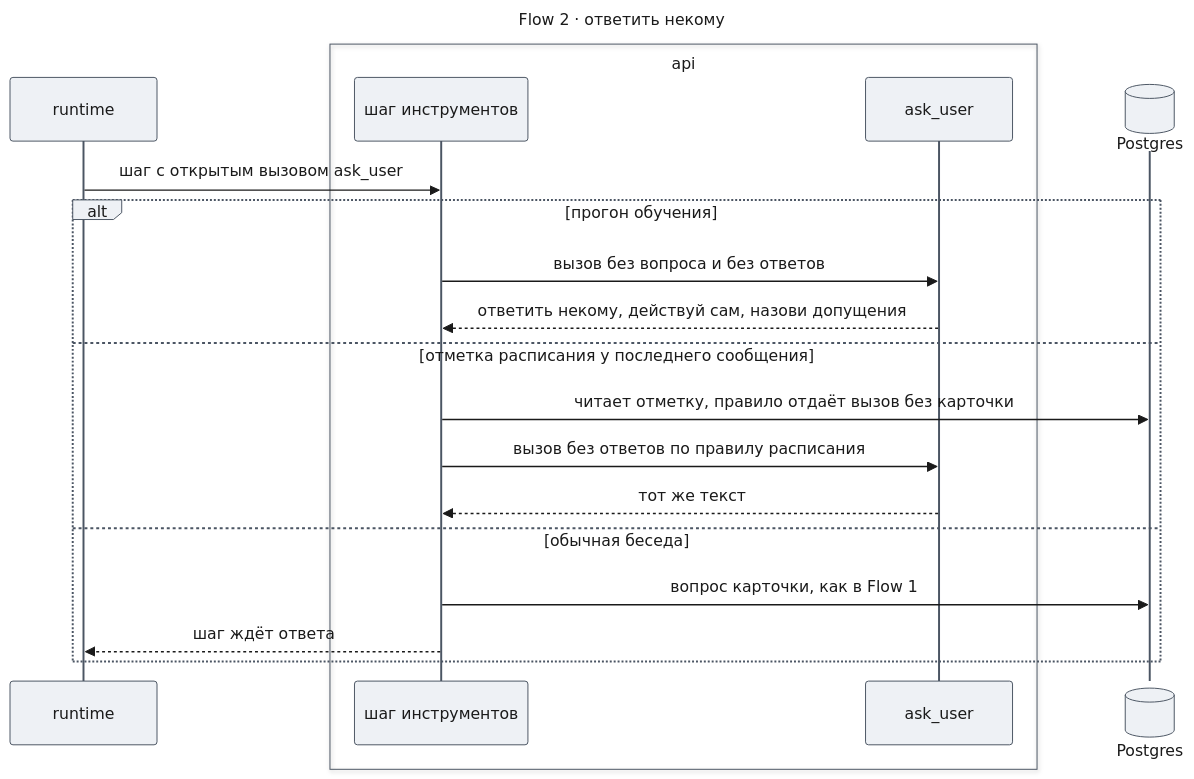
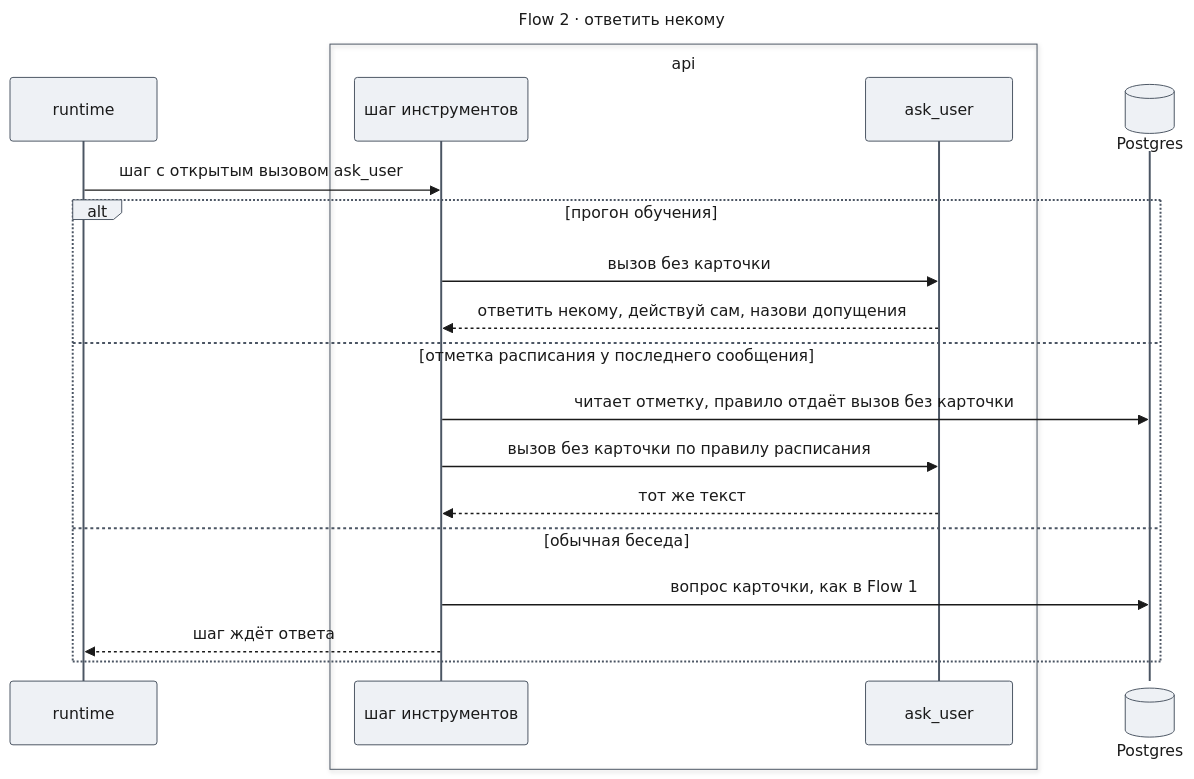
Before and after one commit to tundraray/agent-os: the fourth of 6 diagrams in docs/features/agent-guidance/design-server.md, drawn with Mermaid. The commit also changed other lines of this file and 2 other files, not shown here.

````diff
--- a/docs/features/agent-guidance/design-server.md
+++ b/docs/features/agent-guidance/design-server.md
@@ -324,43 +329,43 @@
 ```mermaid
 ---
 title: "Flow 2 · ответить некому"
 config:
   theme: base
   look: classic
   themeVariables:
     primaryColor: "#eef1f5"
     primaryBorderColor: "#4b5563"
     primaryTextColor: "#1a1a1a"
     lineColor: "#6b7280"
   themeCSS: |
     @keyframes lit_f2{0%,11.3%{stroke:#991b1b;stroke-width:6px}12.5%,100%{stroke:#37474f;stroke-width:2px}}
     @keyframes litr_f2{0%,11.3%{stroke:#1d4ed8;stroke-width:6px}12.5%,100%{stroke:#37474f;stroke-width:2px}}
     .messageLine0[data-id='i0'],.messageLine1[data-id='i0']{animation:litr_f2 9.6s linear 0s infinite}
     .messageLine0[data-id='i2'],.messageLine1[data-id='i2']{animation:lit_f2 9.6s linear 1.2s infinite}
     .messageLine0[data-id='i3'],.messageLine1[data-id='i3']{animation:litr_f2 9.6s linear 2.4s infinite}
     .messageLine0[data-id='i5'],.messageLine1[data-id='i5']{animation:litr_f2 9.6s linear 3.6s infinite}
     .messageLine0[data-id='i6'],.messageLine1[data-id='i6']{animation:lit_f2 9.6s linear 4.8s infinite}
     .messageLine0[data-id='i7'],.messageLine1[data-id='i7']{animation:litr_f2 9.6s linear 6s infinite}
     .messageLine0[data-id='i9'],.messageLine1[data-id='i9']{animation:lit_f2 9.6s linear 7.2s infinite}
     .messageLine0[data-id='i10'],.messageLine1[data-id='i10']{animation:litr_f2 9.6s linear 8.4s infinite}
 ---
 sequenceDiagram
     participant Rt as runtime
     box api
         participant Step as шаг инструментов
         participant Ask as ask_user
     end
     participant DB@{ "type": "database" } as Postgres
     Rt->>Step: шаг с открытым вызовом ask_user
     alt прогон обучения
-        Step->>Ask: вызов без вопроса и без ответов
+        Step->>Ask: вызов без карточки
         Ask-->>Step: ответить некому, действуй сам, назови допущения
     else отметка расписания у последнего сообщения
         Step->>DB: читает отметку, правило отдаёт вызов без карточки
-        Step->>Ask: вызов без ответов по правилу расписания
+        Step->>Ask: вызов без карточки по правилу расписания
         Ask-->>Step: тот же текст
     else обычная беседа
         Step->>DB: вопрос карточки, как в Flow 1
         Step-->>Rt: шаг ждёт ответа
     end
 ```
````
